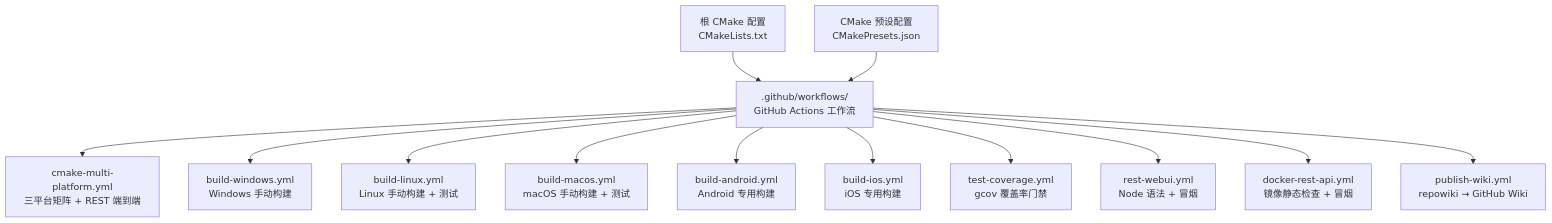
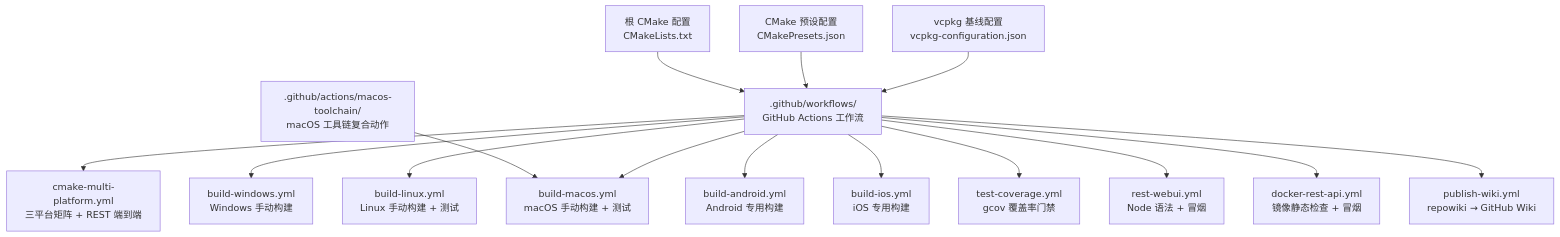
Before and after one commit to hsmbanlance/HsBaSlicer: the first of 11 diagrams in .qoder/repowiki/zh/content/开发测试与贡献/CI_CD流水线增强.md, drawn with Mermaid. The commit also changed other lines of this file and 172 other files, not shown here.

````diff
--- a/.qoder/repowiki/zh/content/开发测试与贡献/CI_CD流水线增强.md
+++ b/.qoder/repowiki/zh/content/开发测试与贡献/CI_CD流水线增强.md
@@ -51,28 +55,32 @@
 ```mermaid
 graph TB
 Root["根 CMake 配置<br/>CMakeLists.txt"]
 Presets["CMake 预设配置<br/>CMakePresets.json"]
+VcpkgConfig["vcpkg 基线配置<br/>vcpkg-configuration.json"]
 GHActions[".github/workflows/<br/>GitHub Actions 工作流"]
+MacToolchain[".github/actions/macos-toolchain/<br/>macOS 工具链复合动作"]
 Multi["cmake-multi-platform.yml<br/>三平台矩阵 + REST 端到端"]
 BuildWin["build-windows.yml<br/>Windows 手动构建"]
 BuildLinux["build-linux.yml<br/>Linux 手动构建 + 测试"]
 BuildMac["build-macos.yml<br/>macOS 手动构建 + 测试"]
 BuildAndroid["build-android.yml<br/>Android 专用构建"]
 BuildIOS["build-ios.yml<br/>iOS 专用构建"]
 Coverage["test-coverage.yml<br/>gcov 覆盖率门禁"]
 WebUI["rest-webui.yml<br/>Node 语法 + 冒烟"]
 Docker["docker-rest-api.yml<br/>镜像静态检查 + 冒烟"]
 Wiki["publish-wiki.yml<br/>repowiki → GitHub Wiki"]
 Root --> GHActions
 Presets --> GHActions
+VcpkgConfig --> GHActions
+MacToolchain --> BuildMac
 GHActions --> Multi
 GHActions --> BuildWin
 GHActions --> BuildLinux
 GHActions --> BuildMac
 GHActions --> BuildAndroid
 GHActions --> BuildIOS
 GHActions --> Coverage
 GHActions --> WebUI
 GHActions --> Docker
 GHActions --> Wiki
 ```
````
